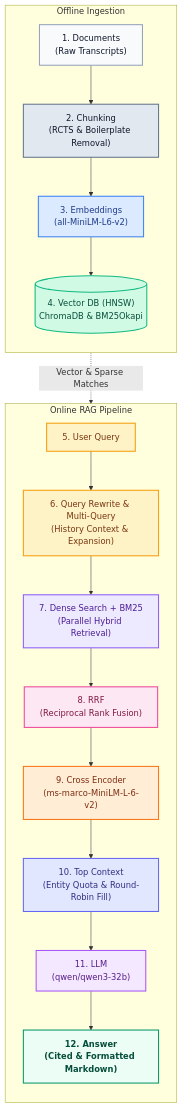
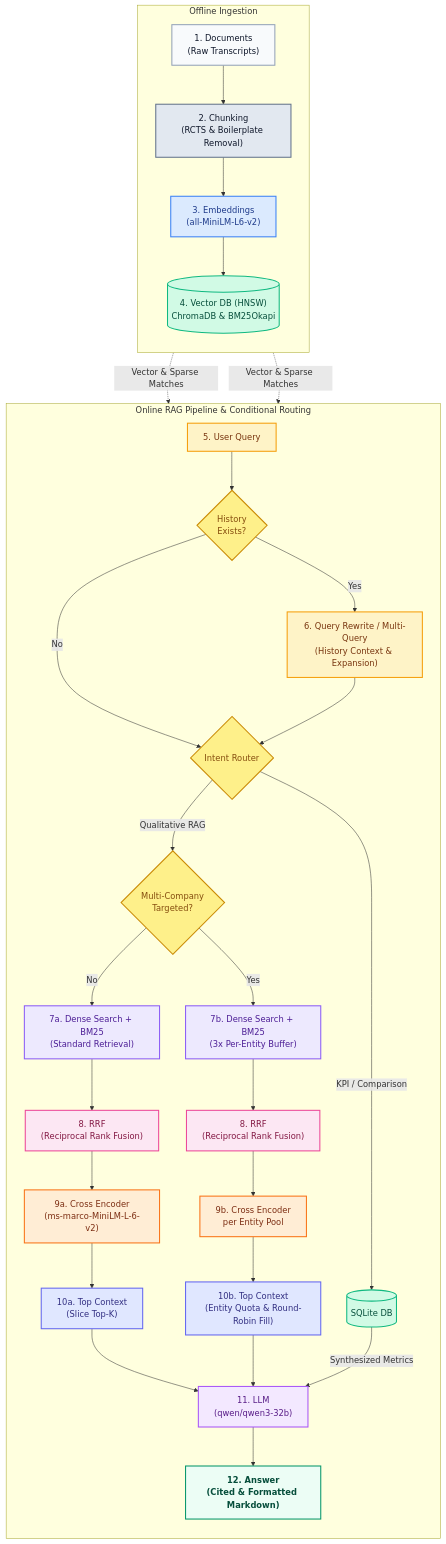
The diagram in docs/detailed_rag_architecture.md (VedantKarne/AURA-Financial-Intelligence), drawn with Mermaid before and after one commit. The commit also changed 1 other file, not shown here.

Commit message:
docs: upgrade rag mindmap to include conditional edge cases and multi-entity routing

````diff
--- a/docs/detailed_rag_architecture.md
+++ b/docs/detailed_rag_architecture.md
@@ -13,33 +13,55 @@
 ```mermaid
 flowchart TD
     classDef doc fill:#f8fafc,stroke:#94a3b8,stroke-width:2px,color:#0f172a
     classDef chunk fill:#e2e8f0,stroke:#64748b,stroke-width:2px,color:#0f172a
     classDef embed fill:#dbeafe,stroke:#3b82f6,stroke-width:2px,color:#1e3a8a
     classDef db fill:#d1fae5,stroke:#10b981,stroke-width:2px,color:#064e3b
     classDef query fill:#fef3c7,stroke:#f59e0b,stroke-width:2px,color:#78350f
     classDef search fill:#ede9fe,stroke:#8b5cf6,stroke-width:2px,color:#4c1d95
     classDef rrf fill:#fce7f3,stroke:#ec4899,stroke-width:2px,color:#831843
     classDef rerank fill:#ffedd5,stroke:#f97316,stroke-width:2px,color:#7c2d12
     classDef context fill:#e0e7ff,stroke:#6366f1,stroke-width:2px,color:#312e81
     classDef llm fill:#f3e8ff,stroke:#a855f7,stroke-width:2px,color:#581c87
     classDef answer fill:#ecfdf5,stroke:#059669,stroke-width:2px,color:#064e3b,font-weight:bold
 
+    classDef decision fill:#fef08a,stroke:#ca8a04,stroke-width:2px,color:#854d0e
+
     subgraph Offline_Ingestion ["Offline Ingestion"]
         direction TB
         A["1. Documents<br/>(Raw Transcripts)"]:::doc --> B["2. Chunking<br/>(RCTS & Boilerplate Removal)"]:::chunk
         B --> C["3. Embeddings<br/>(all-MiniLM-L6-v2)"]:::embed
         C --> D[("4. Vector DB (HNSW)<br/>ChromaDB & BM25Okapi")]:::db
     end
 
-    subgraph Online_RAG_Pipeline ["Online RAG Pipeline"]
+    subgraph Online_RAG_Pipeline ["Online RAG Pipeline & Conditional Routing"]
         direction TB
-        Q["5. User Query"]:::query --> R["6. Query Rewrite & Multi-Query<br/>(History Context & Expansion)"]:::query
-        R --> S["7. Dense Search + BM25<br/>(Parallel Hybrid Retrieval)"]:::search
-        D -.->|"Vector & Sparse Matches"| S
-        S --> T["8. RRF<br/>(Reciprocal Rank Fusion)"]:::rrf
-        T --> U["9. Cross Encoder<br/>(ms-marco-MiniLM-L-6-v2)"]:::rerank
-        U --> V["10. Top Context<br/>(Entity Quota & Round-Robin Fill)"]:::context
-        V --> W["11. LLM<br/>(qwen/qwen3-32b)"]:::llm
+        Q["5. User Query"]:::query --> RCheck{"History<br/>Exists?"}:::decision
+        RCheck -->|"Yes"| R["6. Query Rewrite / Multi-Query<br/>(History Context & Expansion)"]:::query
+        RCheck -->|"No"| Route{"Intent Router"}:::decision
+        R --> Route
+        
+        Route -->|"KPI / Comparison"| SQL[("SQLite DB")]:::db
+        Route -->|"Qualitative RAG"| MCheck{"Multi-Company<br/>Targeted?"}:::decision
+        
+        MCheck -->|"No"| S1["7a. Dense Search + BM25<br/>(Standard Retrieval)"]:::search
+        MCheck -->|"Yes"| S2["7b. Dense Search + BM25<br/>(3x Per-Entity Buffer)"]:::search
+        
+        D -.->|"Vector & Sparse Matches"| S1
+        D -.->|"Vector & Sparse Matches"| S2
+        
+        S1 --> T1["8. RRF<br/>(Reciprocal Rank Fusion)"]:::rrf
+        S2 --> T2["8. RRF<br/>(Reciprocal Rank Fusion)"]:::rrf
+        
+        T1 --> U1["9a. Cross Encoder<br/>(ms-marco-MiniLM-L-6-v2)"]:::rerank
+        T2 --> U2["9b. Cross Encoder<br/>per Entity Pool"]:::rerank
+        
+        U1 --> V1["10a. Top Context<br/>(Slice Top-K)"]:::context
+        U2 --> V2["10b. Top Context<br/>(Entity Quota & Round-Robin Fill)"]:::context
+        
+        V1 --> W["11. LLM<br/>(qwen/qwen3-32b)"]:::llm
+        V2 --> W
+        SQL -->|"Synthesized Metrics"| W
+        
         W --> X["12. Answer<br/>(Cited & Formatted Markdown)"]:::answer
     end
 ```
````
